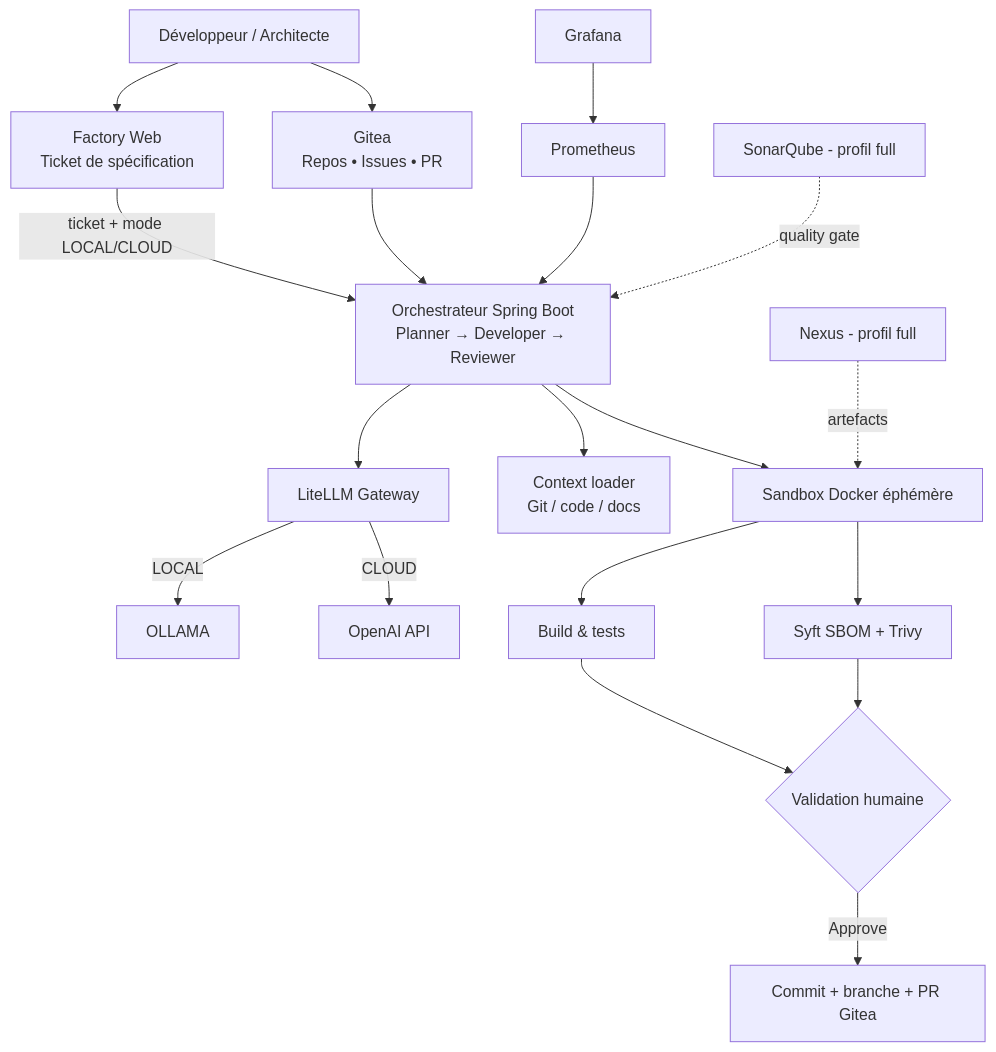
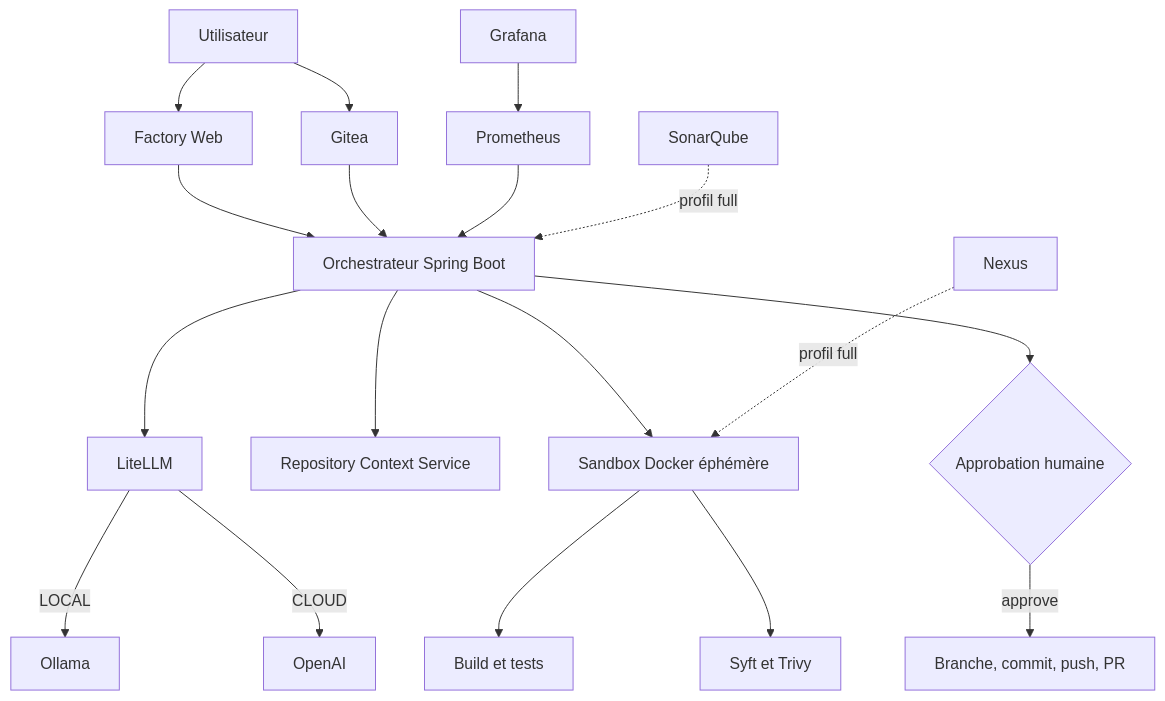
Before and after one commit to dbeaumont/ai-software-factory-local: the first of 2 diagrams in docs/architecture.md, drawn with Mermaid. The commit also changed other lines of this file and 3 other files, not shown here.

````diff
--- a/docs/architecture.md
+++ b/docs/architecture.md
@@ -3,21 +16,20 @@
 ```mermaid
 flowchart TB
-  DEV[Développeur / Architecte] --> WEB[Factory Web\nTicket de spécification]
-  WEB -->|ticket + mode LOCAL/CLOUD| ORCH
-  ORCH --> LLM[LiteLLM Gateway]
-  LLM -->|LOCAL| OLLAMA
-  LLM -->|CLOUD| OPENAI[OpenAI API]
-  DEV --> GIT[Gitea\nRepos • Issues • PR]
-  GIT --> ORCH[Orchestrateur Spring Boot\nPlanner → Developer → Reviewer]
-  ORCH --> CTX[Context loader\nGit / code / docs]
-  ORCH --> SB[Sandbox Docker éphémère]
-  SB --> BUILD[Build & tests]
-  SB --> SEC[Syft SBOM + Trivy]
-  BUILD --> HUMAN{Validation humaine}
-  SEC --> HUMAN
-  HUMAN -->|Approve| PR[Commit + branche + PR Gitea]
+  USER[Utilisateur] --> WEB[Factory Web]
+  USER --> GITEA[Gitea]
+  WEB --> ORCH[Orchestrateur Spring Boot]
+  ORCH --> LLM[LiteLLM]
+  LLM -->|LOCAL| OLLAMA[Ollama]
+  LLM -->|CLOUD| OPENAI[OpenAI]
+  GITEA --> ORCH
+  ORCH --> CTX[Repository Context Service]
+  ORCH --> SANDBOX[Sandbox Docker éphémère]
+  SANDBOX --> TESTS[Build et tests]
+  SANDBOX --> SEC[Syft et Trivy]
+  ORCH --> APPROVAL{Approbation humaine}
+  APPROVAL -->|approve| PR[Branche, commit, push, PR]
   PROM[Prometheus] --> ORCH
   GRAF[Grafana] --> PROM
-  SONAR[SonarQube - profil full] -. quality gate .-> ORCH
-  NEXUS[Nexus - profil full] -. artefacts .-> SB
+  SONAR[SonarQube] -. profil full .-> ORCH
+  NEXUS[Nexus] -. profil full .-> SANDBOX
 ```
````
